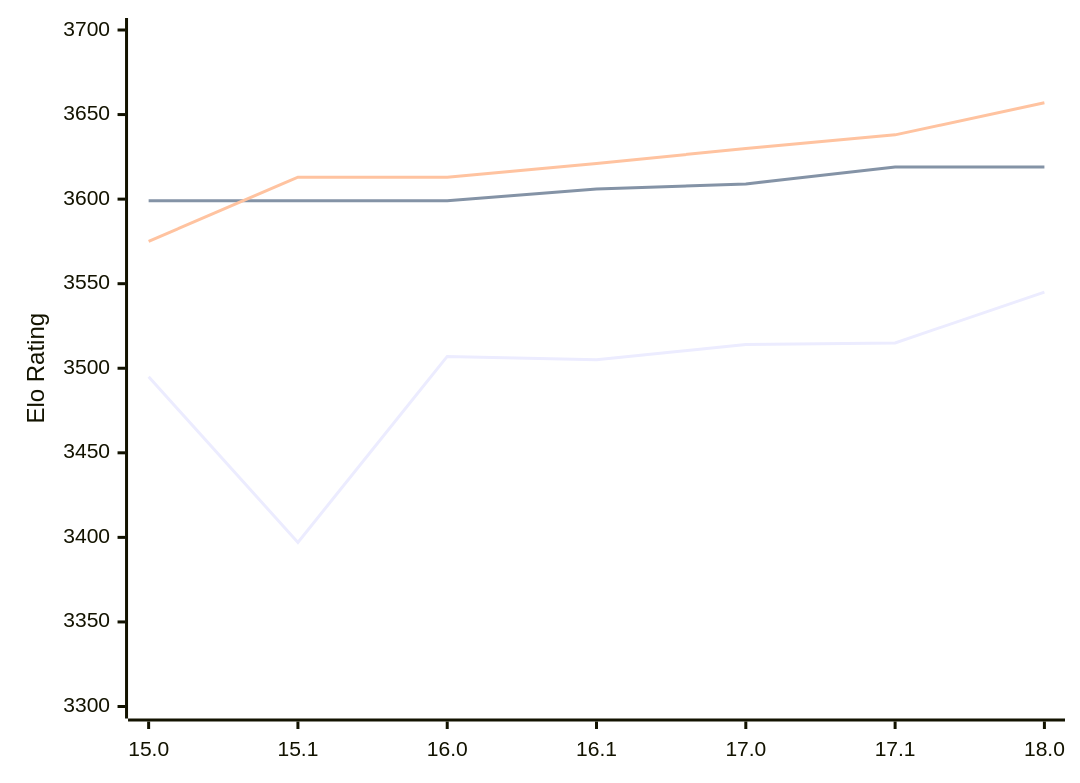
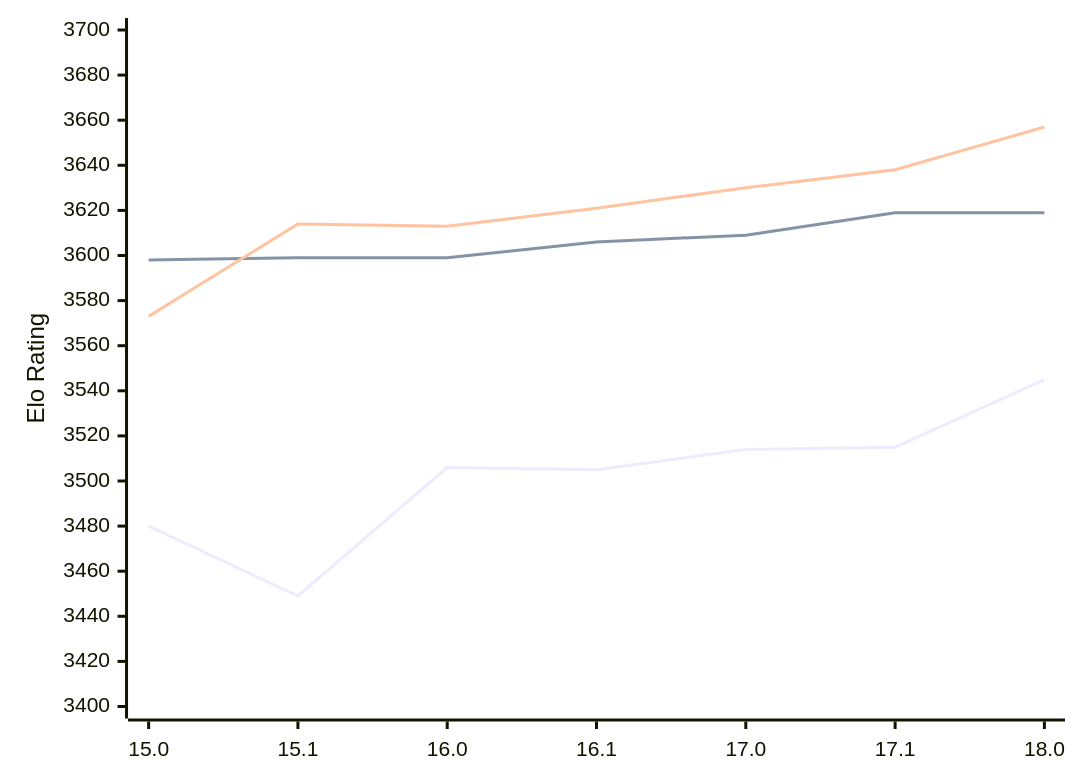
One commit to computer-chess-index/cci changed the diagram in engines/Stockfish.md. Above: the diagram before and after it, drawn with Mermaid. The commit also changed other lines of this file, not shown here.

Commit message:
Update CCI Ratings (ELO VLTC) - 2026-02-13

````diff
--- a/engines/Stockfish.md
+++ b/engines/Stockfish.md
@@ -43,9 +43,9 @@
 ```mermaid
 %%{init: {"theme":"base","themeVariables":{"seriesColors:['#a3a3a3','#222221','#faa371']}}}%%
 xychart-beta
   x-axis ["15.0", "15.1", "16.0", "16.1", "17.0", "17.1", "18.0"]
-  y-axis "Elo Rating" 3300 --> 3700
-  line "STC (8.0+0.08s)" [3495, 3397, 3507, 3505, 3514, 3515, 3545]
-  line "LTC (60.0+0.60s)" [3599, 3599, 3599, 3606, 3609, 3619, 3619]
-  line "VLTC (2m24s+1.12s)" [3575, 3613, 3613, 3621, 3630, 3638, 3657]
+  y-axis "Elo Rating" 3400 --> 3700
+  line "STC (8.0+0.08s)" [3480, 3449, 3506, 3505, 3514, 3515, 3545]
+  line "LTC (60.0+0.60s)" [3598, 3599, 3599, 3606, 3609, 3619, 3619]
+  line "VLTC (2m24s+1.12s)" [3573, 3614, 3613, 3621, 3630, 3638, 3657]
 ```
````
